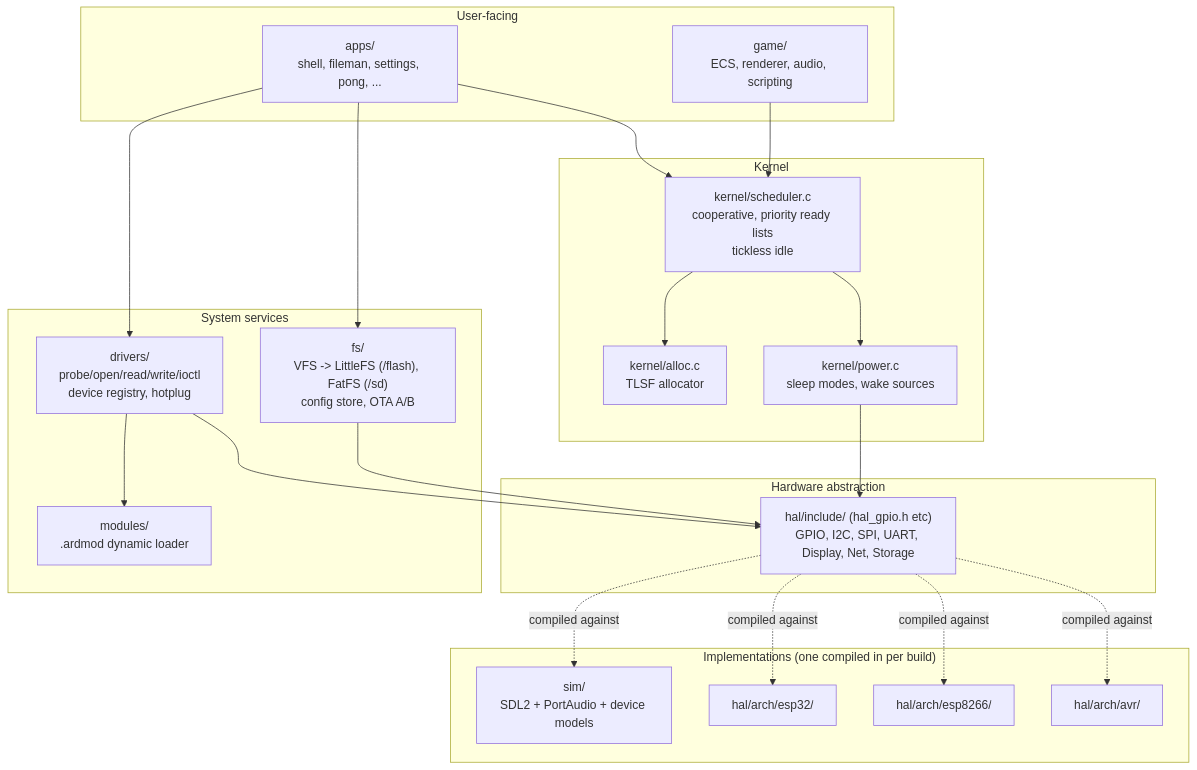
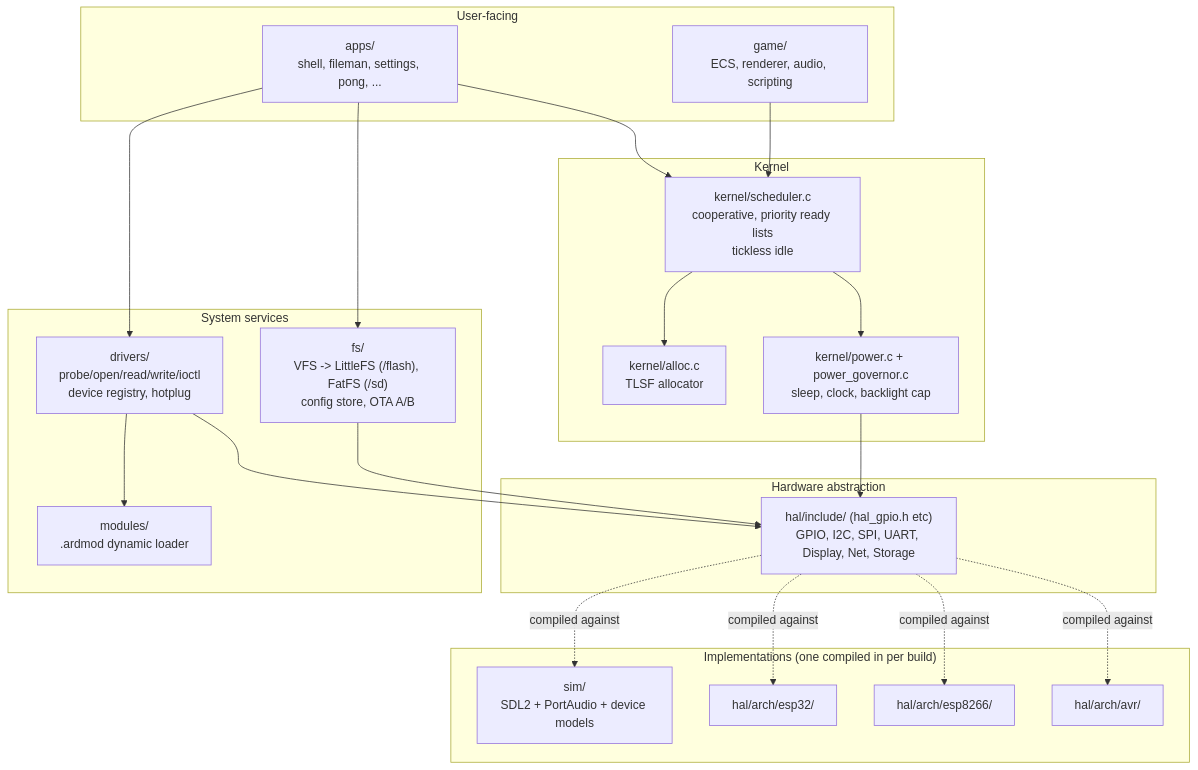
Before and after one commit to arashrasoulzadeh/tiny_device_os: the first of 3 diagrams in docs/architecture.md, drawn with Mermaid. The commit also changed 60 other files, not shown here.

````diff
--- a/docs/architecture.md
+++ b/docs/architecture.md
@@ -24,45 +24,45 @@
 ```mermaid
 flowchart TB
     subgraph user["User-facing"]
         apps["apps/<br/>shell, fileman, settings, pong, ..."]
         game["game/<br/>ECS, renderer, audio, scripting"]
     end
 
     subgraph system["System services"]
         drivers["drivers/<br/>probe/open/read/write/ioctl<br/>device registry, hotplug"]
         modules["modules/<br/>.ardmod dynamic loader"]
         fs["fs/<br/>VFS -> LittleFS (/flash), FatFS (/sd)<br/>config store, OTA A/B"]
     end
 
     subgraph core["Kernel"]
         sched["kernel/scheduler.c<br/>cooperative, priority ready lists<br/>tickless idle"]
         alloc["kernel/alloc.c<br/>TLSF allocator"]
-        power["kernel/power.c<br/>sleep modes, wake sources"]
+        power["kernel/power.c + power_governor.c<br/>sleep, clock, backlight cap"]
     end
 
     subgraph hw["Hardware abstraction"]
         hal["hal/include/ (hal_gpio.h etc)<br/>GPIO, I2C, SPI, UART, Display, Net, Storage"]
     end
 
     subgraph impls["Implementations (one compiled in per build)"]
         sim["sim/<br/>SDL2 + PortAudio + device models"]
         esp32["hal/arch/esp32/"]
         esp8266["hal/arch/esp8266/"]
         avr["hal/arch/avr/"]
     end
 
     apps --> drivers
     apps --> fs
     apps --> sched
     game --> sched
     drivers --> modules
     drivers --> hal
     fs --> hal
     sched --> alloc
     sched --> power
     power --> hal
     hal -. compiled against .-> sim
     hal -. compiled against .-> esp32
     hal -. compiled against .-> esp8266
     hal -. compiled against .-> avr
 ```
````
